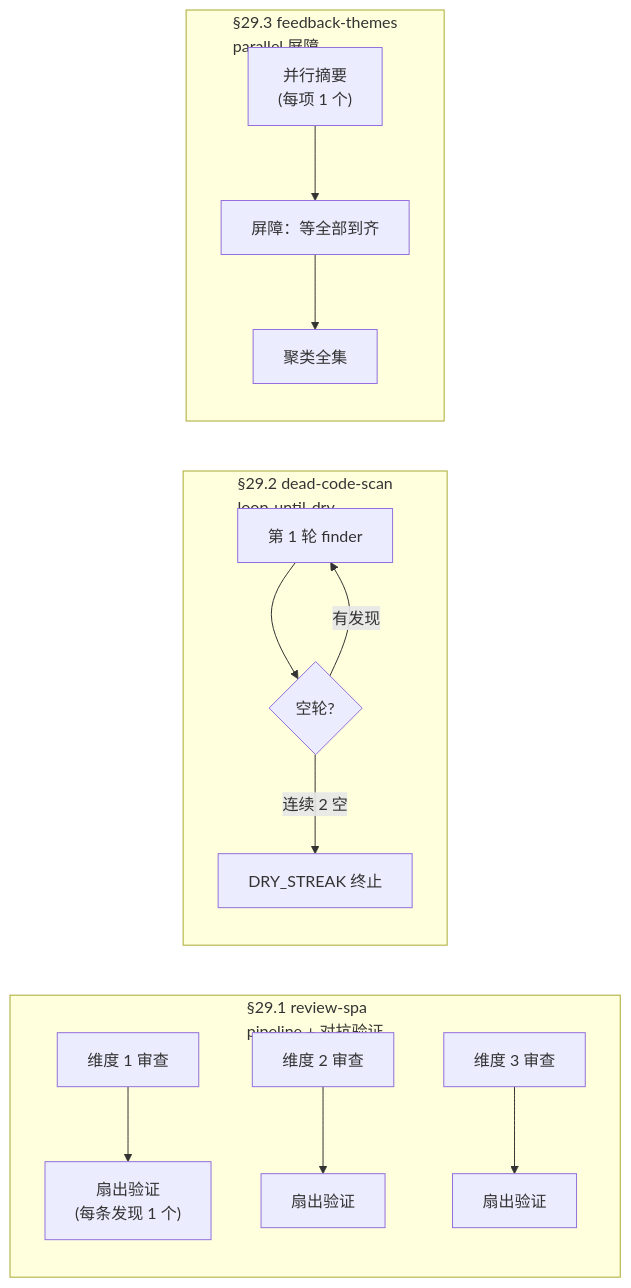
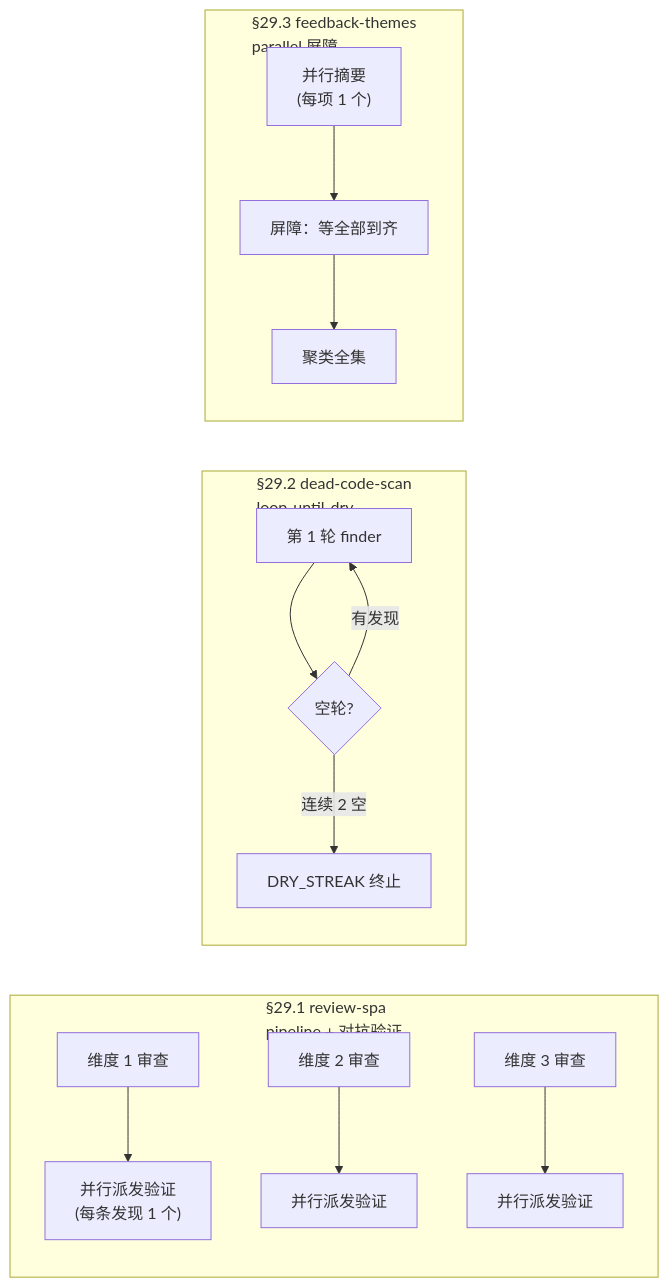
One commit to AGI-is-going-to-arrive/workflow-cookbook changed the first of 4 diagrams in docs/zh/p6-29-gallery.md. Above: the diagram before and after it, drawn with Mermaid. The commit also changed other lines of this file and 78 other files, not shown here.

````diff
--- a/docs/zh/p6-29-gallery.md
+++ b/docs/zh/p6-29-gallery.md
@@ -11,17 +11,17 @@
 ```mermaid
 flowchart LR
     subgraph A["§29.1 review-spa<br/>pipeline + 对抗验证"]
-      A1["维度 1 审查"] --> A2["扇出验证<br/>(每条发现 1 个)"]
-      A3["维度 2 审查"] --> A4["扇出验证"]
-      A5["维度 3 审查"] --> A6["扇出验证"]
+      A1["维度 1 审查"] --> A2["并行派发验证<br/>(每条发现 1 个)"]
+      A3["维度 2 审查"] --> A4["并行派发验证"]
+      A5["维度 3 审查"] --> A6["并行派发验证"]
     end
     subgraph B["§29.2 dead-code-scan<br/>loop-until-dry"]
       B1["第 1 轮 finder"] --> B2{"空轮?"}
       B2 -->|连续 2 空| B3["DRY_STREAK 终止"]
       B2 -->|有发现| B1
     end
     subgraph C["§29.3 feedback-themes<br/>parallel 屏障"]
       C1["并行摘要<br/>(每项 1 个)"] --> C2["屏障：等全部到齐"]
       C2 --> C3["聚类全集"]
     end
 ```
````
